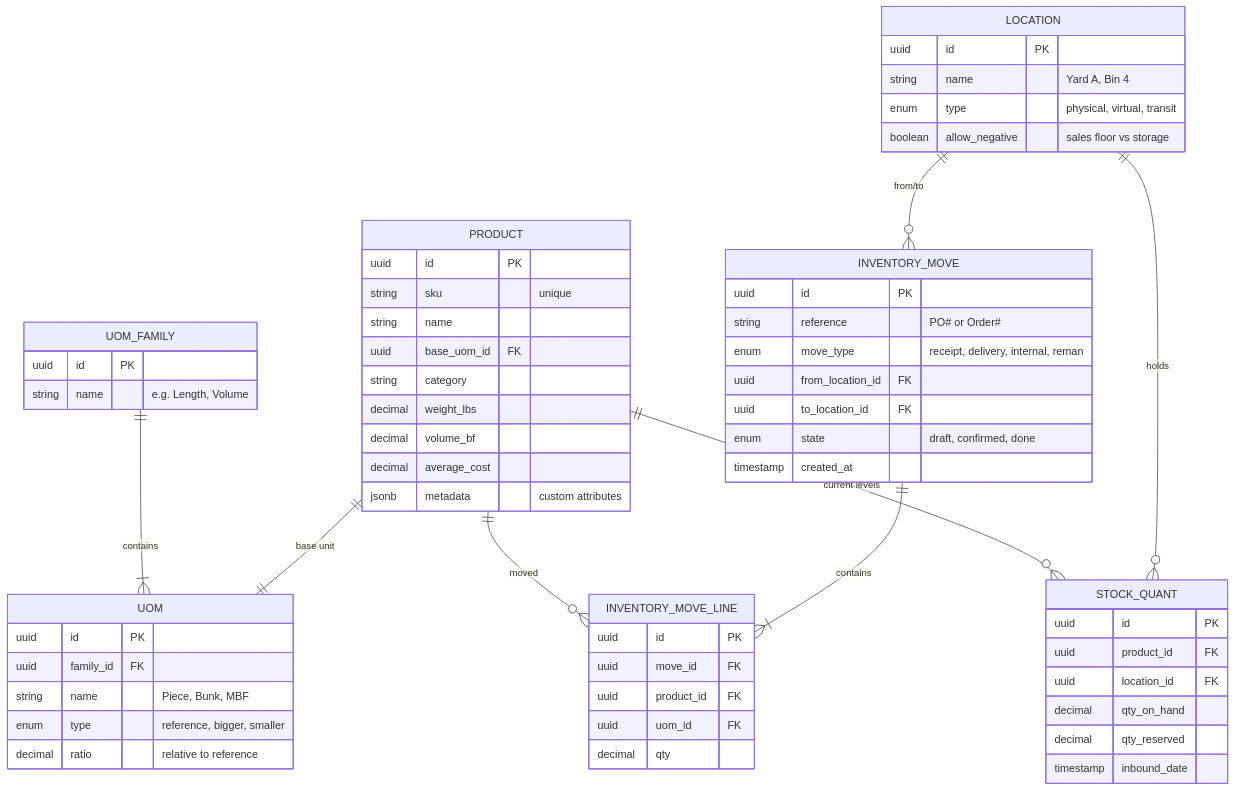
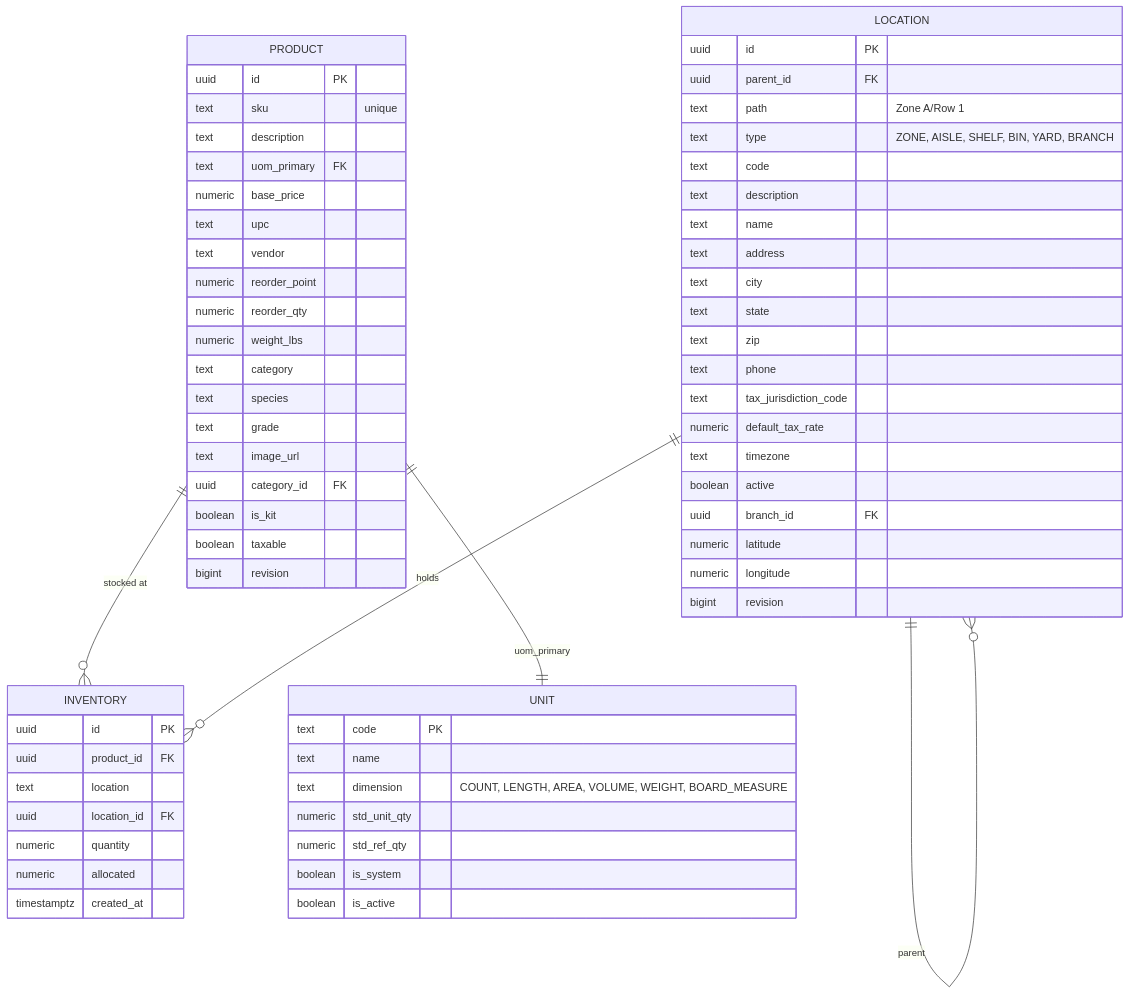
One commit to FutureBuildAIinc/gable changed the first of 3 diagrams in docs/database-erd.md. Above: the diagram before and after it, drawn with Mermaid. The commit also changed other lines of this file, not shown here.

Commit message:
docs: database-erd.md matches the migrations

````diff
--- a/docs/database-erd.md
+++ b/docs/database-erd.md
@@ -18,69 +18,71 @@
 ```mermaid
 erDiagram
-    PRODUCT ||--o{ STOCK_QUANT : "current levels"
-    PRODUCT ||--o{ INVENTORY_MOVE_LINE : "moved"
-    UOM_FAMILY ||--|{ UOM : "contains"
-    PRODUCT ||--|| UOM : "base unit"
-    LOCATION ||--o{ STOCK_QUANT : "holds"
-    INVENTORY_MOVE ||--|{ INVENTORY_MOVE_LINE : "contains"
-    LOCATION ||--o{ INVENTORY_MOVE : "from/to"
+    PRODUCT ||--o{ INVENTORY : "stocked at"
+    LOCATION ||--o{ INVENTORY : "holds"
+    PRODUCT ||--|| UNIT : "uom_primary"
+    LOCATION ||--o{ LOCATION : "parent"
 
     PRODUCT {
         uuid id PK
-        string sku "unique"
-        string name
-        uuid base_uom_id FK
-        string category
-        decimal weight_lbs
-        decimal volume_bf
-        decimal average_cost
-        jsonb metadata "custom attributes"
+        text sku "unique"
+        text description
+        text uom_primary FK
+        numeric base_price
+        text upc
+        text vendor
+        numeric reorder_point
+        numeric reorder_qty
+        numeric weight_lbs
+        text category
+        text species
+        text grade
+        text image_url
+        uuid category_id FK
+        boolean is_kit
+        boolean taxable
+        bigint revision
     }
 
-    UOM_FAMILY {
-        uuid id PK
-        string name "e.g. Length, Volume"
-    }
-
-    UOM {
-        uuid id PK
-        uuid family_id FK
-        string name "Piece, Bunk, MBF"
-        enum type "reference, bigger, smaller"
-        decimal ratio "relative to reference"
+    UNIT {
+        text code PK
+        text name
+        text dimension "COUNT, LENGTH, AREA, VOLUME, WEIGHT, BOARD_MEASURE"
+        numeric std_unit_qty
+        numeric std_ref_qty
+        boolean is_system
+        boolean is_active
     }
 
     LOCATION {
         uuid id PK
-        string name "Yard A, Bin 4"
-        enum type "physical, virtual, transit"
-        boolean allow_negative "sales floor vs storage"
+        uuid parent_id FK
+        text path "Zone A/Row 1"
+        text type "ZONE, AISLE, SHELF, BIN, YARD, BRANCH"
+        text code
+        text description
+        text name
+        text address
+        text city
+        text state
+        text zip
+        text phone
+        text tax_jurisdiction_code
+        numeric default_tax_rate
+        text timezone
+        boolean active
+        uuid branch_id FK
+        numeric latitude
+        numeric longitude
+        bigint revision
     }
 
-    STOCK_QUANT {
+    INVENTORY {
         uuid id PK
         uuid product_id FK
+        text location
         uuid location_id FK
-        decimal qty_on_hand
-        decimal qty_reserved
-        timestamp inbound_date
-    }
-
-    INVENTORY_MOVE {
-        uuid id PK
-        string reference "PO# or Order#"
-        enum move_type "receipt, delivery, internal, reman"
-        uuid from_location_id FK
-        uuid to_location_id FK
-        enum state "draft, confirmed, done"
-        timestamp created_at
-    }
-
-    INVENTORY_MOVE_LINE {
-        uuid id PK
-        uuid move_id FK
-        uuid product_id FK
-        uuid uom_id FK
-        decimal qty
+        numeric quantity
+        numeric allocated
+        timestamptz created_at
     }
 ```
````
